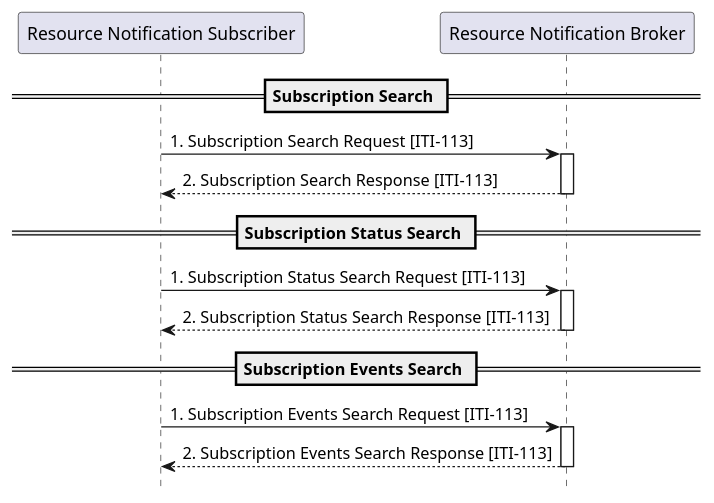
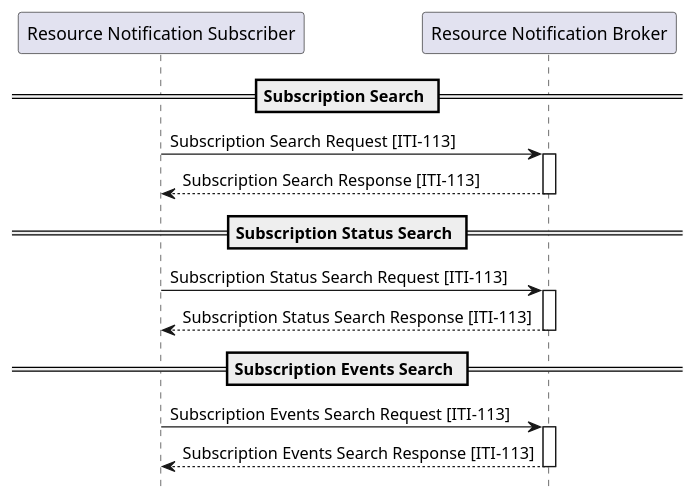
Before and after one commit to IHE/ITI.DSUBm: the diagram in input/images-source/ITI-113-Subscription-seq.plantuml, drawn with PlantUML. The commit also changed 6 other files, not shown here.

```diff
--- a/input/images-source/ITI-113-Subscription-seq.plantuml
+++ b/input/images-source/ITI-113-Subscription-seq.plantuml
@@ -1,26 +1,26 @@
 @startuml
 hide footbox
 participant "Resource Notification Subscriber" as  Subscriber
 participant "Resource Notification Broker" as  Broker
 
 
 == Subscription Search ==
-Subscriber -> Broker : 1. Subscription Search Request [ITI-113]
+Subscriber -> Broker :  Subscription Search Request [ITI-113]
 activate Broker
-Broker --> Subscriber : 2. Subscription Search Response [ITI-113]
+Broker --> Subscriber :  Subscription Search Response [ITI-113]
 deactivate Broker
 
 == Subscription Status Search ==
-Subscriber -> Broker : 1. Subscription Status Search Request [ITI-113]
+Subscriber -> Broker :  Subscription Status Search Request [ITI-113]
 activate Broker
-Broker --> Subscriber : 2. Subscription Status Search Response [ITI-113]
+Broker --> Subscriber :  Subscription Status Search Response [ITI-113]
 deactivate Broker
 
 == Subscription Events Search ==
-Subscriber -> Broker : 1. Subscription Events Search Request [ITI-113]
+Subscriber -> Broker :  Subscription Events Search Request [ITI-113]
 activate Broker
-Broker --> Subscriber : 2. Subscription Events Search Response [ITI-113]
+Broker --> Subscriber :  Subscription Events Search Response [ITI-113]
 
 deactivate Broker
 
 @enduml
```
